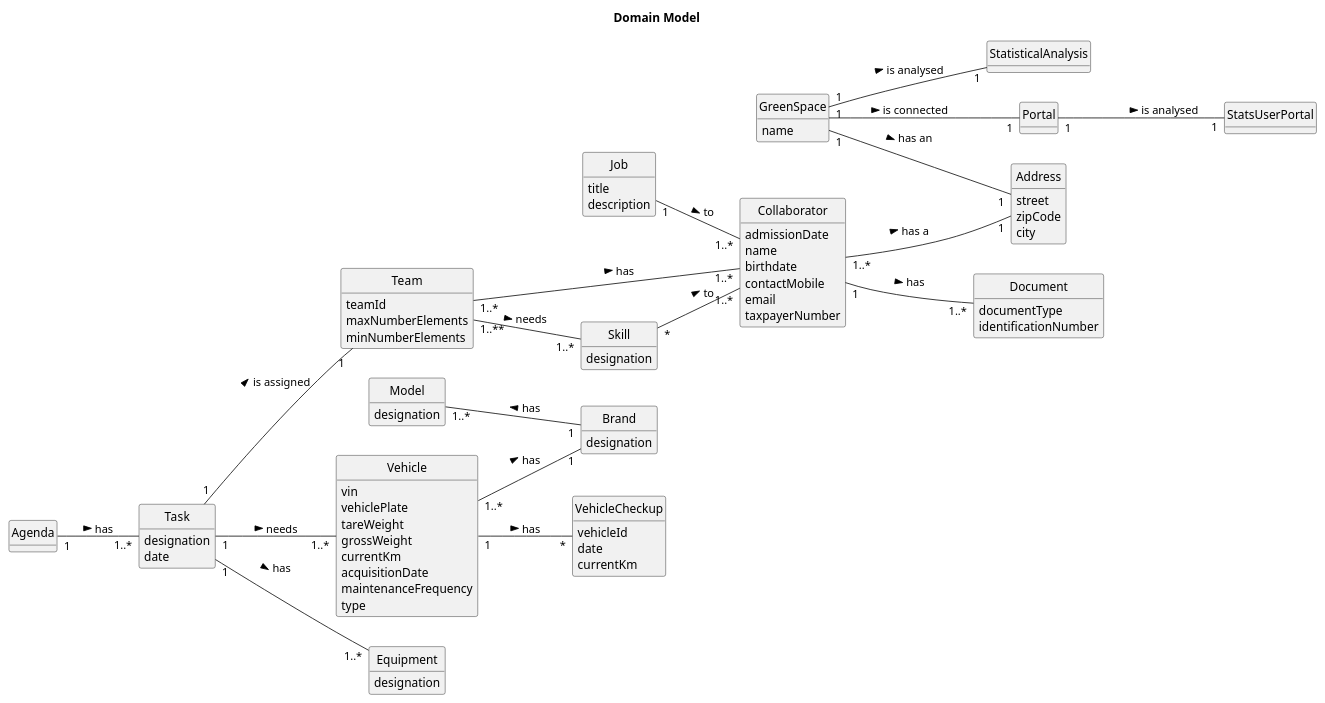
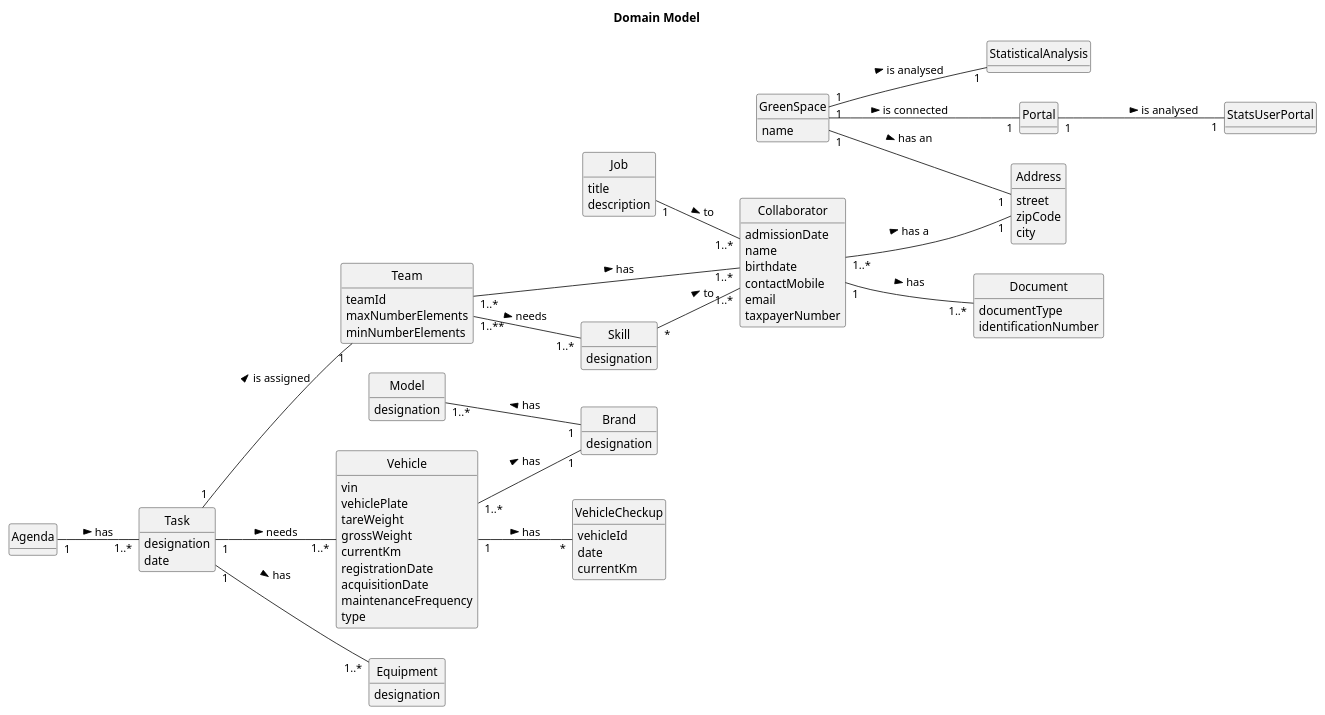
The diagram in docs/sprintB/global-artifacts/02.analysis/puml/project-domain-model.puml (ricardomm7/leaflink), drawn with PlantUML before and after one commit. The commit also changed 4 other files, not shown here.

```diff
--- a/docs/sprintB/global-artifacts/02.analysis/puml/project-domain-model.puml
+++ b/docs/sprintB/global-artifacts/02.analysis/puml/project-domain-model.puml
@@ -1,143 +1,144 @@
 @startuml
 skinparam monochrome true
 skinparam packageStyle rectangle
 skinparam shadowing false
 skinparam classAttributeIconSize 0
 hide circle
 hide methods
 left to right direction
 
 title Domain Model
 
 class Skill {
     designation
 }
 
 class Job {
     title
     description
 }
 
 class Collaborator {
     admissionDate
     name
     birthdate
     contactMobile
     email
     taxpayerNumber
 }
 
 class Document{
     documentType
     identificationNumber
 }
 
 
 class Team {
     teamId
     maxNumberElements
     minNumberElements
 }
 
 class Vehicle {
     vin
     vehiclePlate
     tareWeight
     grossWeight
     currentKm
+    registrationDate
     acquisitionDate
     maintenanceFrequency
     type
 }
 
 class Brand{
     designation
 }
 
 class Model{
     designation
 }
 
 class VehicleCheckup{
     vehicleId
     date
     currentKm
 }
 
 'class Person {
  '   name
  '   birthdate
  '   contactMobile
  '   email
   '  taxpayerNumber
 '}
 
 class Address{
     street
     zipCode
     city
 }
 
 class StatisticalAnalysis{
 }
 
 class StatsUserPortal{
 }
 
 
 class GreenSpace{
     name
 }
 
 class Task{
     designation
     date
 }
 
 class Equipment{
     designation
 }
 
 class Agenda{
 }
 
 class Portal{
 }
 
 Vehicle "1..*" -- "1" Brand : has >
 
 Model "1..*" -- "1" Brand : has <
 
 Collaborator "1" -- "1..*" Document : has >
 
 Job "1" -- "1..*" Collaborator : to >
 
 
 Skill "*" -- "1..*" Collaborator : to >
 Team "1..**" -- "1..*" Skill : needs >
 
 
 Team "1..*" -- "1..*" Collaborator : has >
 
 
 Vehicle "1" -- "*" VehicleCheckup : has >
 
 
 Collaborator "1..*" -- "1" Address : has a >
 
 GreenSpace "1" -- "1" StatisticalAnalysis : is analysed >
 
 GreenSpace "1" -- "1" Address : has an >
 
 Task "1" -- "1..*" Vehicle : needs >
 
 Task "1" -- "1" Team : is assigned >
 
 Task "1" -- "1..*" Equipment : has >
 
 GreenSpace "1" -- "1" Portal : is connected >
 
 Portal "1" -- "1" StatsUserPortal : is analysed >
 
 Agenda "1" -- "1..*" Task : has >
 @enduml
```
